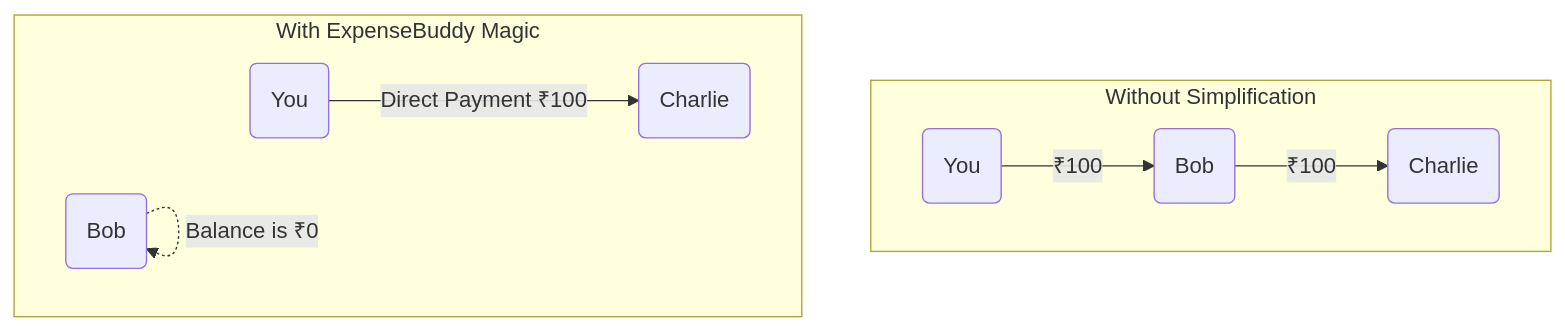
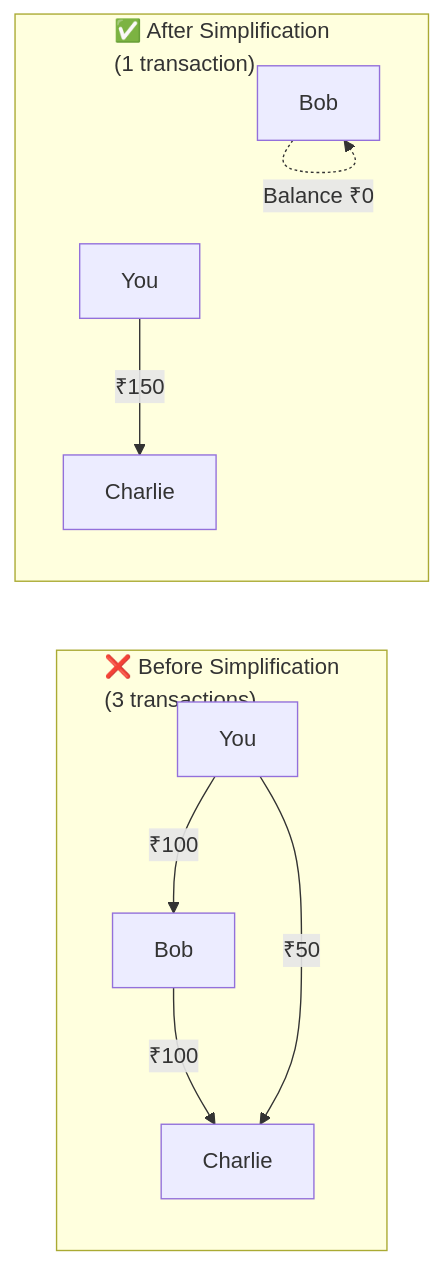
The tenth of 18 diagrams in ExpenseBuddy/Documentation/Complete_Guide.md (Surajit-Roy/expenseBuddy), drawn with Mermaid before and after one commit. The commit also changed other lines of this file, not shown here.

````diff
--- a/ExpenseBuddy/Documentation/Complete_Guide.md
+++ b/ExpenseBuddy/Documentation/Complete_Guide.md
@@ -77,12 +267,13 @@
 ```mermaid
-graph TD
-    subgraph Without Simplification
-        A(You) -->|₹100| B(Bob)
-        B -->|₹100| C(Charlie)
+flowchart LR
+    subgraph Before["❌ Before Simplification\n(3 transactions)"]
+        A1["You"] -->|₹100| B1["Bob"]
+        B1 -->|₹100| C1["Charlie"]
+        A1 -->|₹50| C1
     end
 
-    subgraph With ExpenseBuddy Magic
-        D(You) -->|Direct Payment ₹100| F(Charlie)
-        E(Bob) -.->|Balance is ₹0| E
+    subgraph After["✅ After Simplification\n(1 transaction)"]
+        A2["You"] -->|₹150| C2["Charlie"]
+        B2["Bob"] -.->|Balance ₹0| B2
     end
 ```
````
